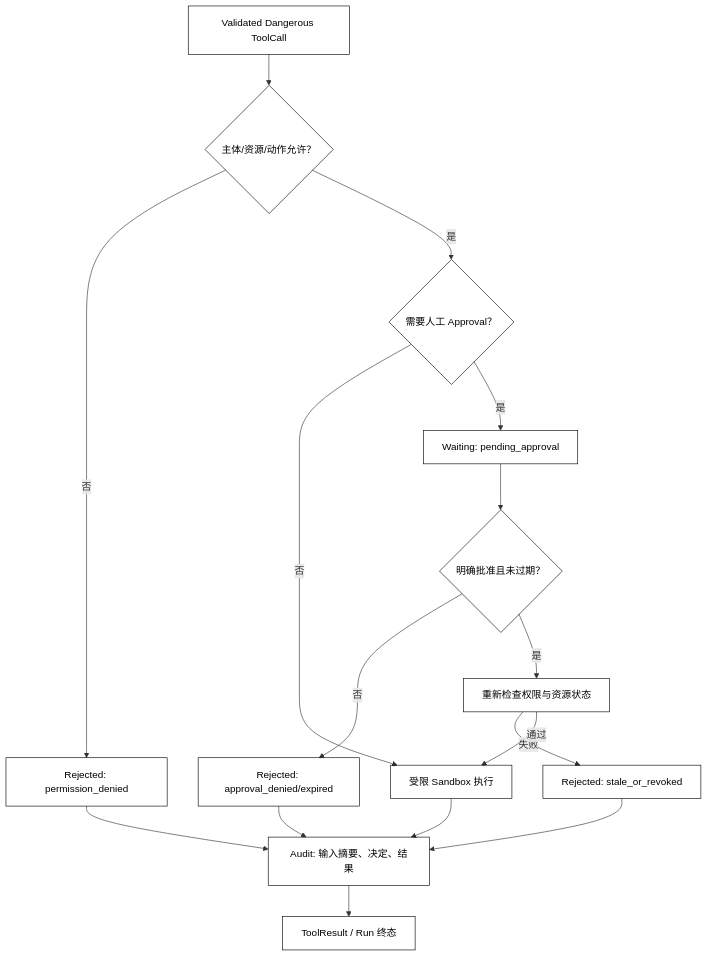
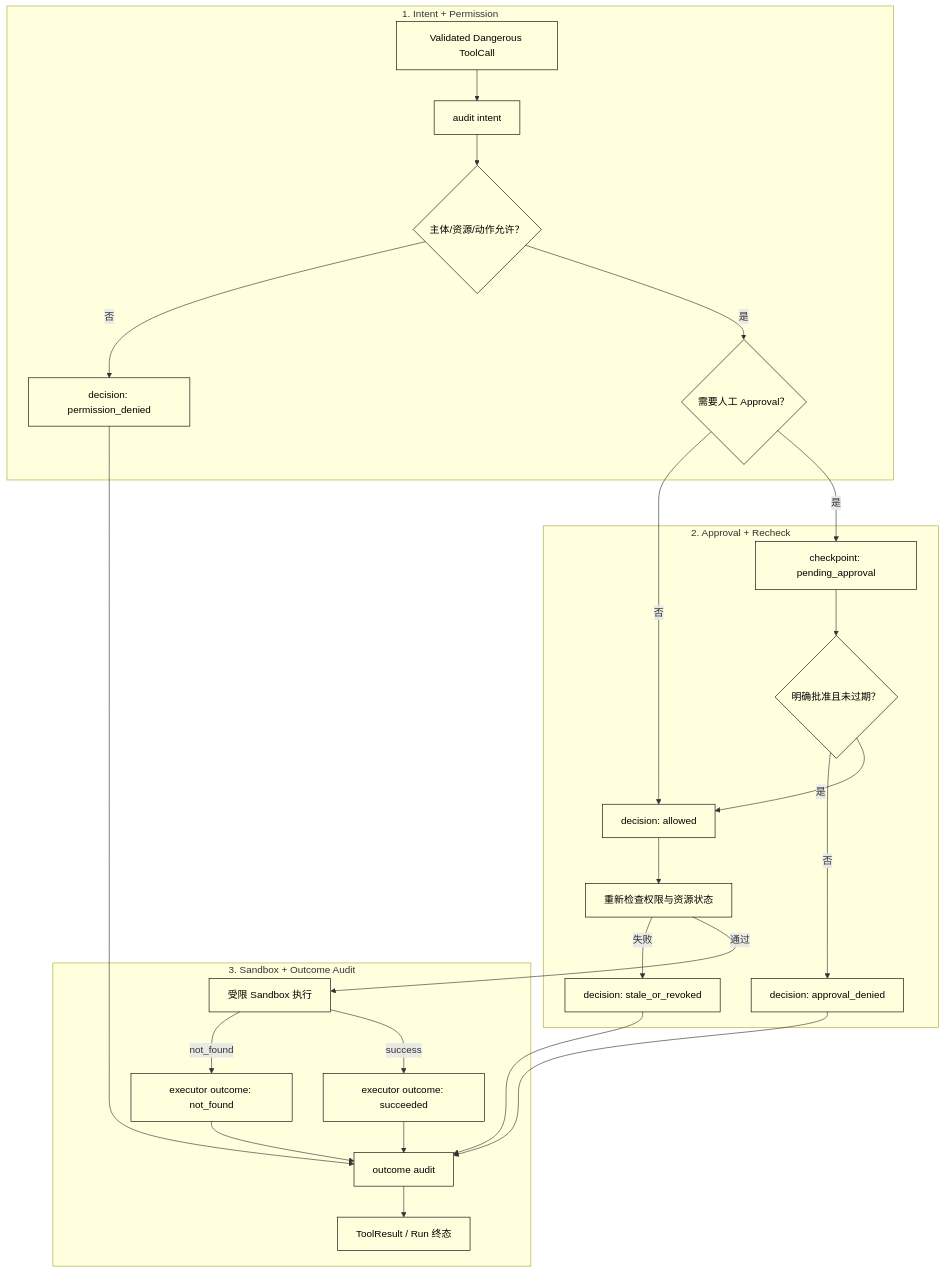
One commit to clint-sfy/clintsfy.github.io changed the diagram in docs/courses/agent/04-Tool-Calling与Agent-Loop/08-审批权限Sandbox与危险操作.md. Above: the diagram before and after it, drawn with Mermaid. The commit also changed other lines of this file and 5 other files, not shown here.

````diff
--- a/docs/courses/agent/04-Tool-Calling与Agent-Loop/08-审批权限Sandbox与危险操作.md
+++ b/docs/courses/agent/04-Tool-Calling与Agent-Loop/08-审批权限Sandbox与危险操作.md
@@ -29,21 +29,33 @@
 ```mermaid
 flowchart TD
-    Call["Validated Dangerous ToolCall"] --> Permission{"主体/资源/动作允许？"}
-    Permission -->|否| Denied["Rejected: permission_denied"]
-    Permission -->|是| Risk{"需要人工 Approval？"}
-    Risk -->|否| Sandbox["受限 Sandbox 执行"]
-    Risk -->|是| Waiting["Waiting: pending_approval"]
-    Waiting --> Decision{"明确批准且未过期？"}
-    Decision -->|否| Rejected["Rejected: approval_denied/expired"]
-    Decision -->|是| Recheck["重新检查权限与资源状态"]
-    Recheck -->|失败| Stale["Rejected: stale_or_revoked"]
-    Recheck -->|通过| Sandbox
-    Sandbox --> Audit["Audit: 输入摘要、决定、结果"]
-    Denied --> Audit
-    Rejected --> Audit
-    Stale --> Audit
-    Audit --> Outcome["ToolResult / Run 终态"]
+    subgraph Stage1["1. Intent + Permission"]
+        Call["Validated Dangerous ToolCall"] --> Intent["audit intent"]
+        Intent --> Permission{"主体/资源/动作允许？"}
+        Permission -->|否| PermissionDenied["decision: permission_denied"]
+        Permission -->|是| Risk{"需要人工 Approval？"}
+    end
+    subgraph Stage2["2. Approval + Recheck"]
+        Risk -->|否| Approved["decision: allowed"]
+        Risk -->|是| Waiting["checkpoint: pending_approval"]
+        Waiting --> Decision{"明确批准且未过期？"}
+        Decision -->|否| ApprovalDenied["decision: approval_denied"]
+        Decision -->|是| Approved
+        Approved --> Recheck["重新检查权限与资源状态"]
+        Recheck -->|失败| Stale["decision: stale_or_revoked"]
+    end
+    subgraph Stage3["3. Sandbox + Outcome Audit"]
+        Recheck -->|通过| Sandbox["受限 Sandbox 执行"]
+        Sandbox -->|not_found| NotFound["executor outcome: not_found"]
+        Sandbox -->|success| Succeeded["executor outcome: succeeded"]
+        PermissionDenied --> Outcome["outcome audit"]
+        ApprovalDenied --> Outcome
+        Stale --> Outcome
+        NotFound --> Outcome
+        Succeeded --> Outcome
+        Outcome --> Result["ToolResult / Run 终态"]
+    end
 
     classDef core fill:transparent,stroke:currentColor,color:currentColor,stroke-width:1px;
-    class Call,Permission,Denied,Risk,Sandbox,Waiting,Decision,Rejected,Recheck,Stale,Audit,Outcome core;
+    class Call,Intent,Permission,PermissionDenied,Risk,Approved,Waiting,Decision,ApprovalDenied,Recheck,Stale,Sandbox,NotFound,Succeeded,Outcome,Result core;
+
 ```
````
